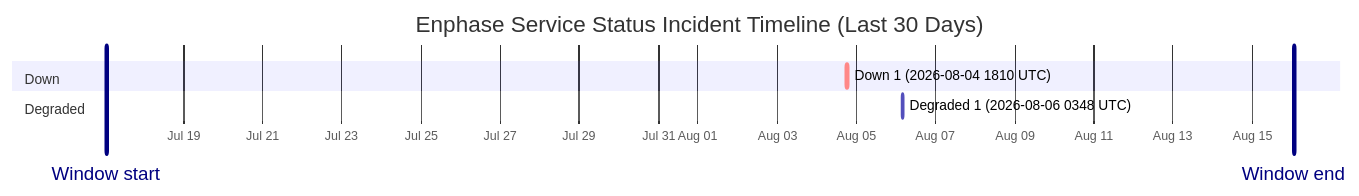
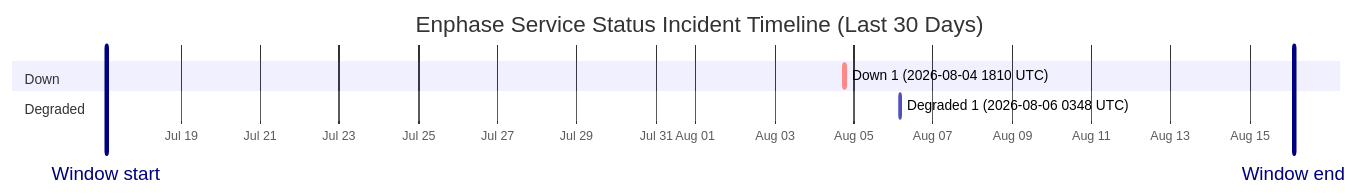
The diagram in wiki/Service-Status-History.md (barneyonline/ha-enphase-energy), drawn with Mermaid before and after one commit. The commit also changed other lines of this file and 3 other files, not shown here.

````diff
--- a/wiki/Service-Status-History.md
+++ b/wiki/Service-Status-History.md
@@ -14,12 +14,12 @@
 ```mermaid
 gantt
     title Enphase Service Status Incident Timeline (Last 30 Days)
     dateFormat  YYYY-MM-DDTHH:mm:ss
     axisFormat  %b %d
-    Window start :vert, window-start, 2026-07-17T01:11:49, 0ms
-    Window end :vert, window-end, 2026-08-16T01:11:49, 0ms
+    Window start :vert, window-start, 2026-07-17T02:40:36, 0ms
+    Window end :vert, window-end, 2026-08-16T02:40:36, 0ms
     section Down
     Down 1 (2026-08-04 1810 UTC) :crit, down-1, 2026-08-04T18:10:46, 60m
     section Degraded
     Degraded 1 (2026-08-06 0348 UTC) :active, degraded-1, 2026-08-06T03:48:14, 60m
 ```
````
